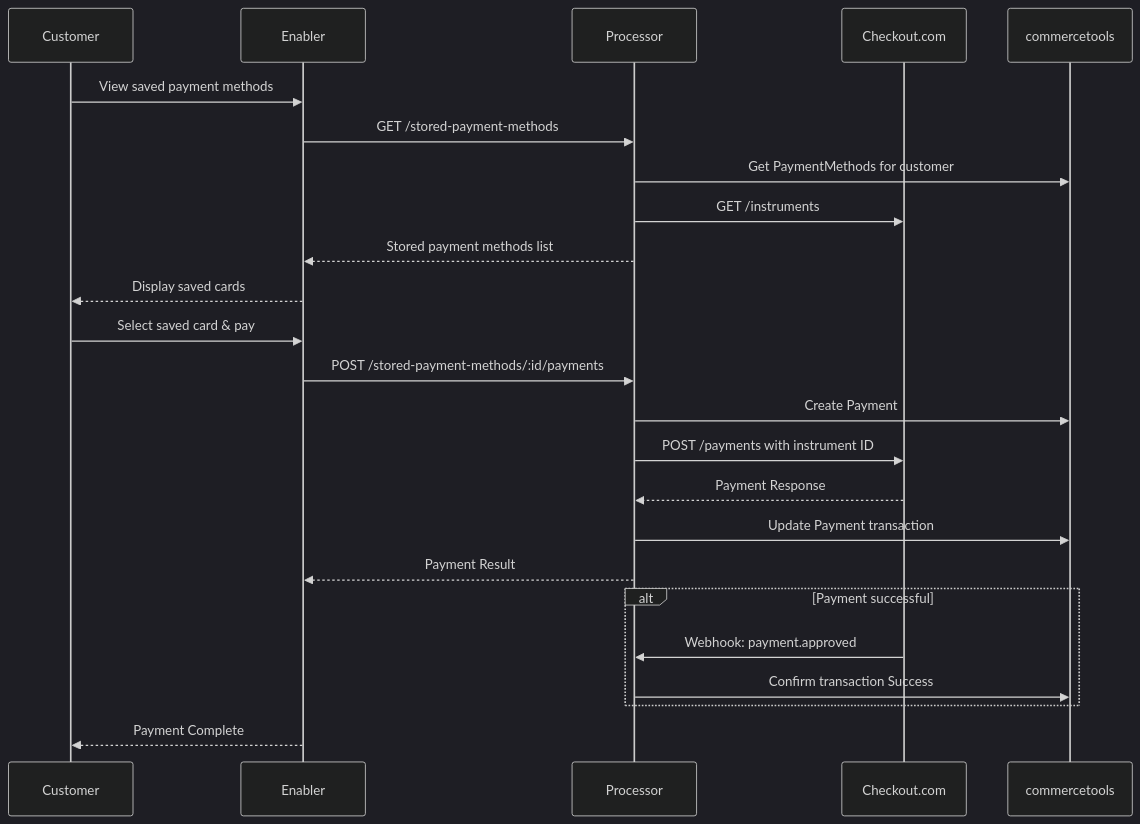
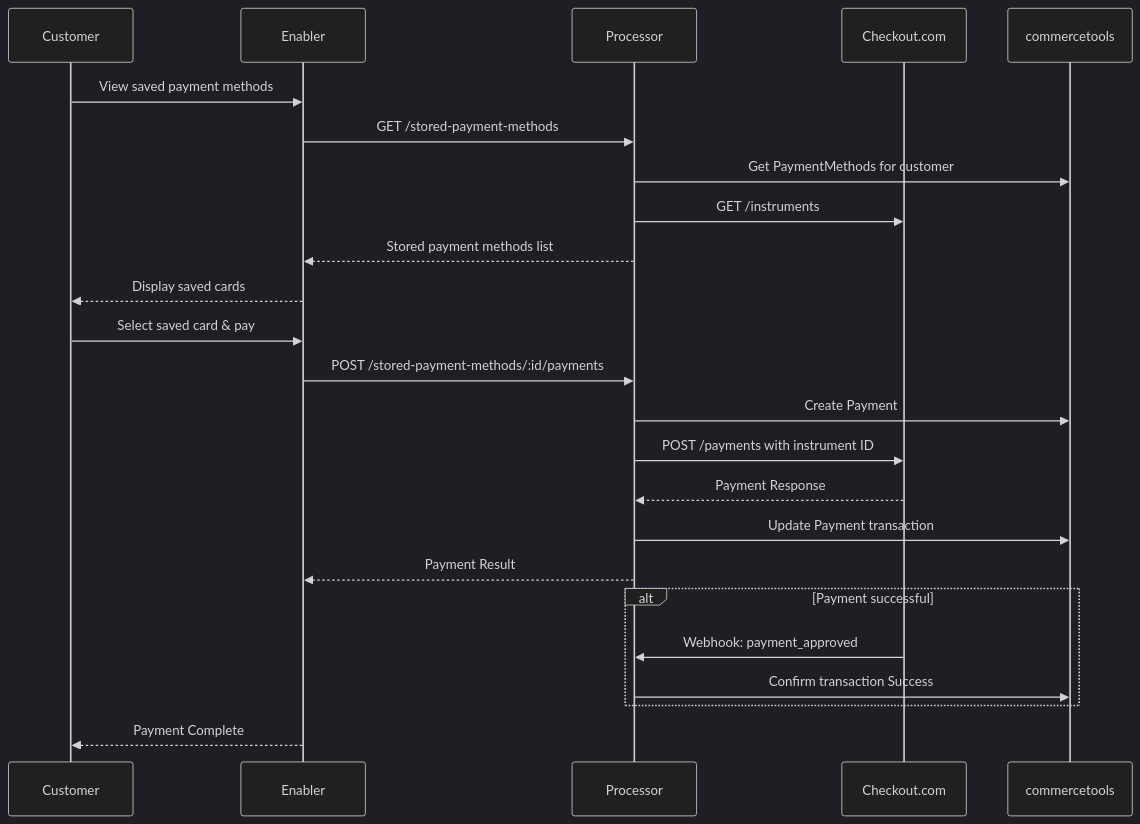
The second of 5 diagrams in README.md (commercetools/connect-payment-integration-cko), drawn with Mermaid (dark theme) before and after one commit. The commit also changed other lines of this file and 132 other files, not shown here.

````diff
--- a/README.md
+++ b/README.md
@@ -102,30 +104,30 @@
 ```mermaid
 sequenceDiagram
     participant Customer
     participant Enabler
     participant Processor
     participant CKO as Checkout.com
     participant CT as commercetools
 
     Customer->>Enabler: View saved payment methods
     Enabler->>Processor: GET /stored-payment-methods
     Processor->>CT: Get PaymentMethods for customer
     Processor->>CKO: GET /instruments
     Processor-->>Enabler: Stored payment methods list
     Enabler-->>Customer: Display saved cards
 
     Customer->>Enabler: Select saved card & pay
     Enabler->>Processor: POST /stored-payment-methods/:id/payments
     Processor->>CT: Create Payment
     Processor->>CKO: POST /payments with instrument ID
     CKO-->>Processor: Payment Response
     Processor->>CT: Update Payment transaction
     Processor-->>Enabler: Payment Result
 
     alt Payment successful
-        CKO->>Processor: Webhook: payment.approved
+        CKO->>Processor: Webhook: payment_approved
         Processor->>CT: Confirm transaction Success
     end
 
     Enabler-->>Customer: Payment Complete
 ```
````
